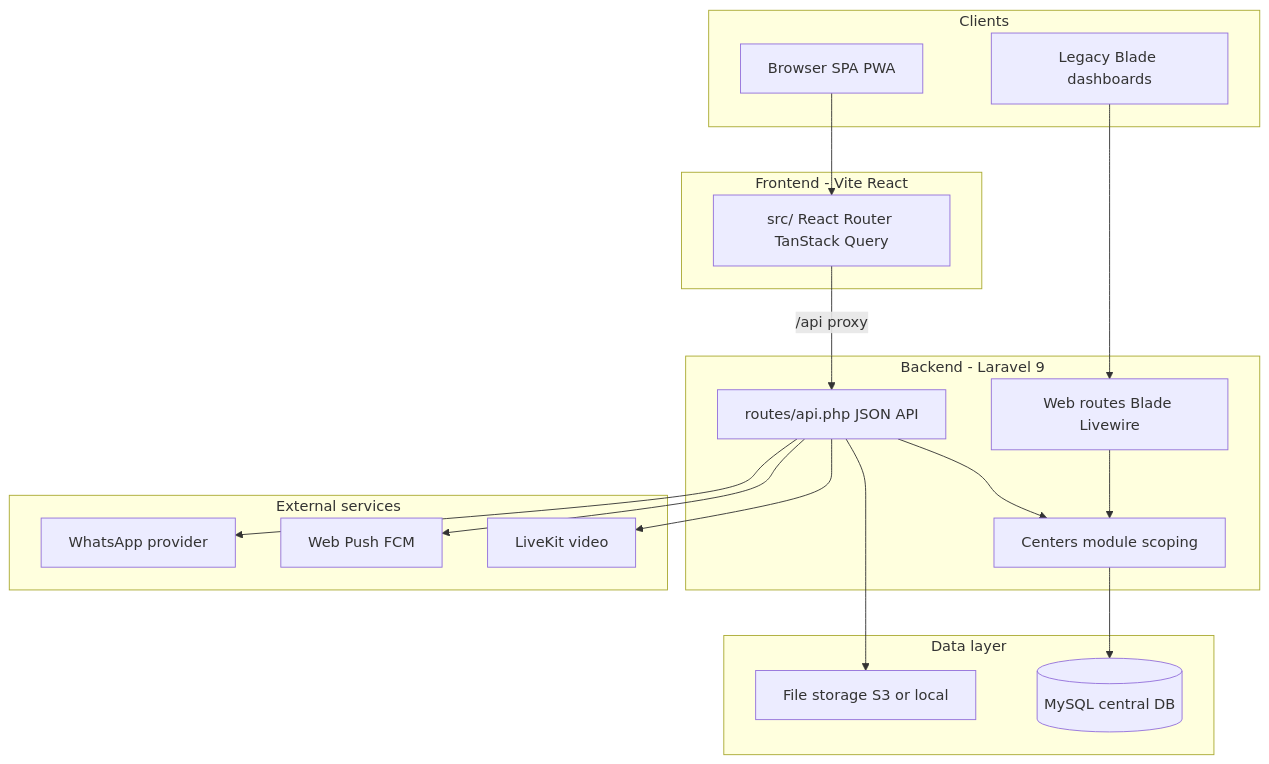
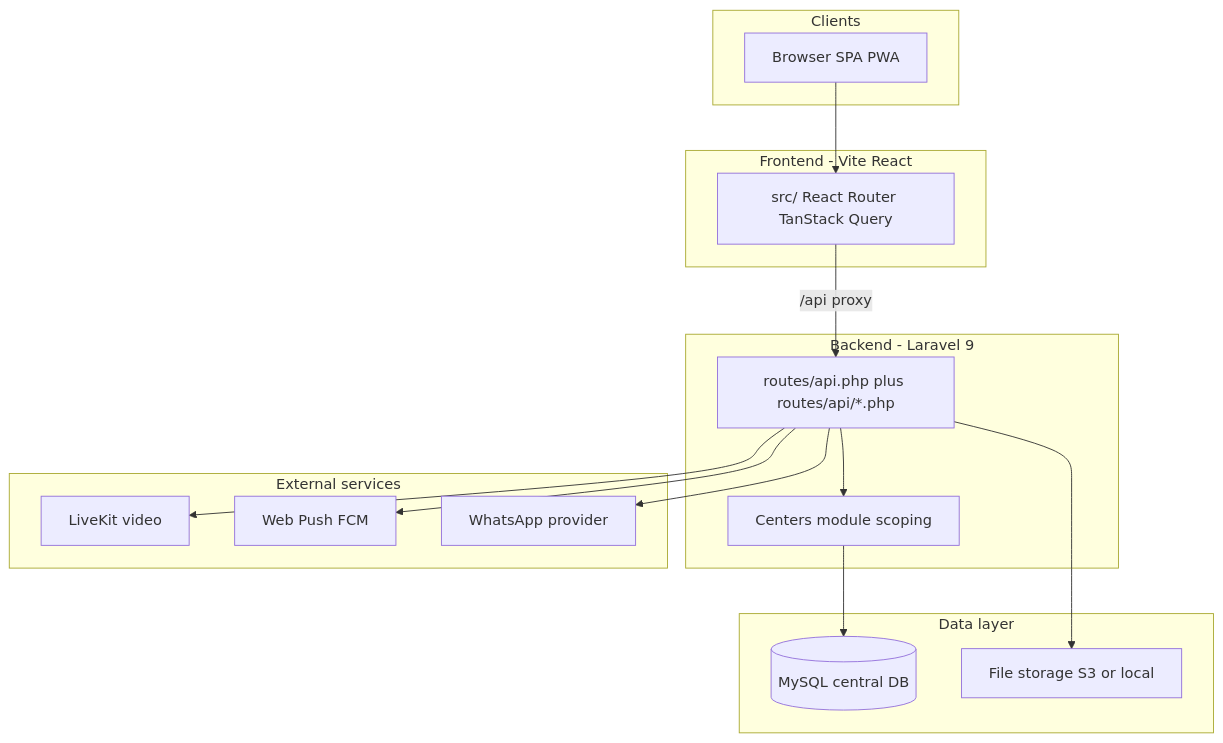
The first of 3 diagrams in public/docs/05-system-architecture.md (KareemShaban1/edu_center), drawn with Mermaid before and after one commit. The commit also changed other lines of this file and 110 other files, not shown here.

````diff
--- a/public/docs/05-system-architecture.md
+++ b/public/docs/05-system-architecture.md
@@ -13,39 +13,35 @@
 ```mermaid
 flowchart TB
   subgraph clients [Clients]
     Browser[Browser SPA PWA]
-    Legacy[Legacy Blade dashboards]
   end
 
   subgraph frontend [Frontend - Vite React]
     SPA[src/ React Router TanStack Query]
   end
 
   subgraph backend [Backend - Laravel 9]
-    API[routes/api.php JSON API]
-    Web[Web routes Blade Livewire]
+    API[routes/api.php plus routes/api/*.php]
     Centers[Centers module scoping]
   end
 
   subgraph data [Data layer]
     MySQL[(MySQL central DB)]
     Storage[File storage S3 or local]
   end
 
   subgraph external [External services]
     LiveKit[LiveKit video]
     Push[Web Push FCM]
     WA[WhatsApp provider]
   end
 
   Browser --> SPA
-  Legacy --> Web
   SPA -->|/api proxy| API
   API --> Centers
-  Web --> Centers
   Centers --> MySQL
   API --> Storage
   API --> LiveKit
   API --> Push
   API --> WA
 ```
````
